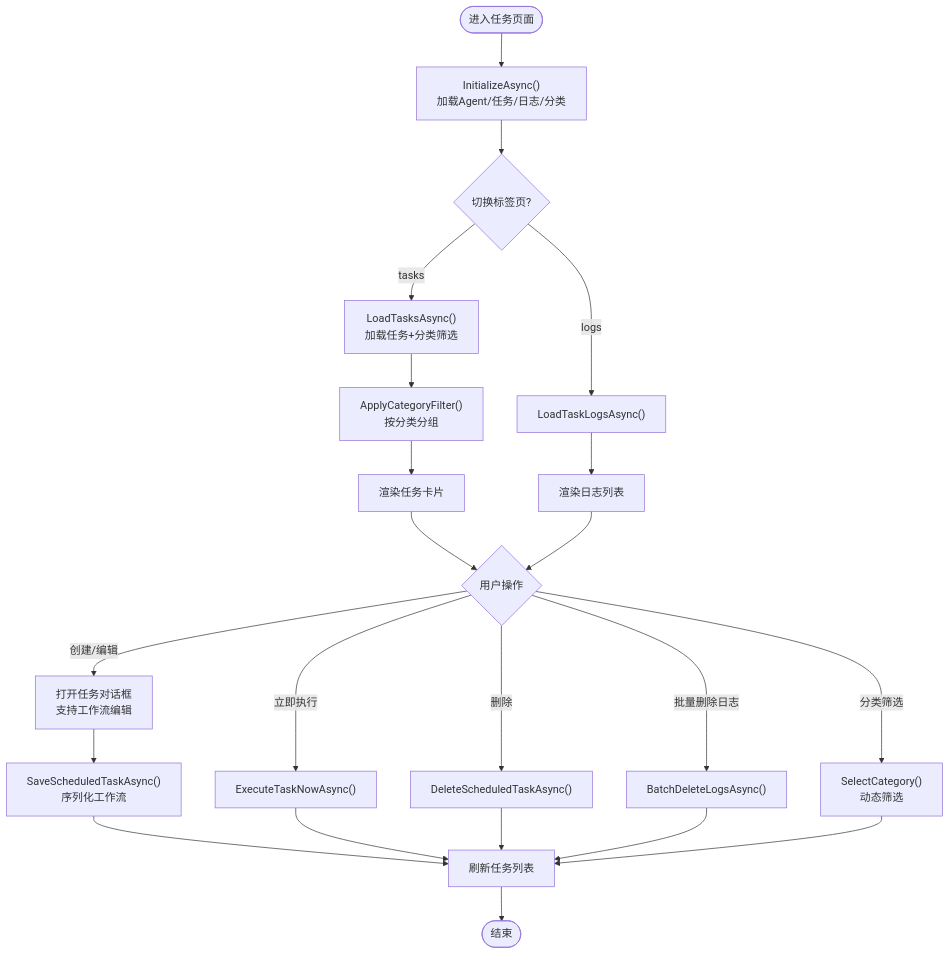
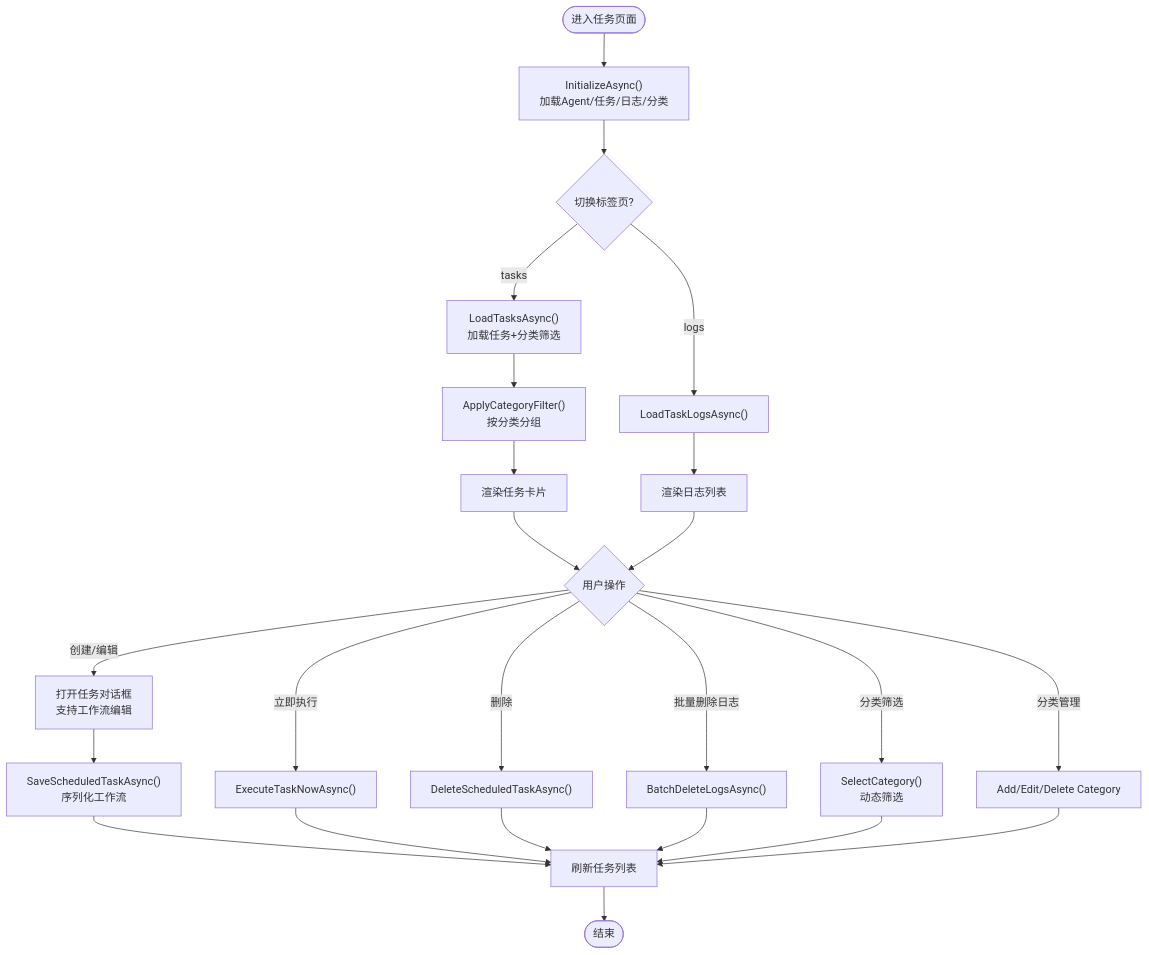
Before and after one commit to openlowcodelab/lowcode: the third of 12 diagrams in .qoder/repowiki/zh/content/AI助手服务/桌面端应用/视图模型层/任务管理视图模型.md, drawn with Mermaid. The commit also changed other lines of this file and 56 other files, not shown here.

````diff
--- a/.qoder/repowiki/zh/content/AI助手服务/桌面端应用/视图模型层/任务管理视图模型.md
+++ b/.qoder/repowiki/zh/content/AI助手服务/桌面端应用/视图模型层/任务管理视图模型.md
@@ -166,24 +176,26 @@
 ```mermaid
 flowchart TD
 Start(["进入任务页面"]) --> Init["InitializeAsync()<br/>加载Agent/任务/日志/分类"]
 Init --> Tab{"切换标签页?"}
 Tab --> |tasks| LoadTasks["LoadTasksAsync()<br/>加载任务+分类筛选"]
 Tab --> |logs| LoadLogs["LoadTaskLogsAsync()"]
 LoadTasks --> GroupTasks["ApplyCategoryFilter()<br/>按分类分组"]
 GroupTasks --> ShowTasks["渲染任务卡片"]
 LoadLogs --> ShowLogs["渲染日志列表"]
 ShowTasks --> Action{"用户操作"}
 ShowLogs --> Action
 Action --> |创建/编辑| OpenDialog["打开任务对话框<br/>支持工作流编辑"]
 Action --> |立即执行| ExecNow["ExecuteTaskNowAsync()"]
 Action --> |删除| DelTask["DeleteScheduledTaskAsync()"]
 Action --> |批量删除日志| BatchDel["BatchDeleteLogsAsync()"]
 Action --> |分类筛选| FilterCat["SelectCategory()<br/>动态筛选"]
+Action --> |分类管理| CatManage["Add/Edit/Delete Category"]
 OpenDialog --> Save["SaveScheduledTaskAsync()<br/>序列化工作流"]
 Save --> Refresh["刷新任务列表"]
 ExecNow --> Refresh
 DelTask --> Refresh
 BatchDel --> Refresh
 FilterCat --> Refresh
+CatManage --> Refresh
 Refresh --> End(["结束"])
 ```
````
